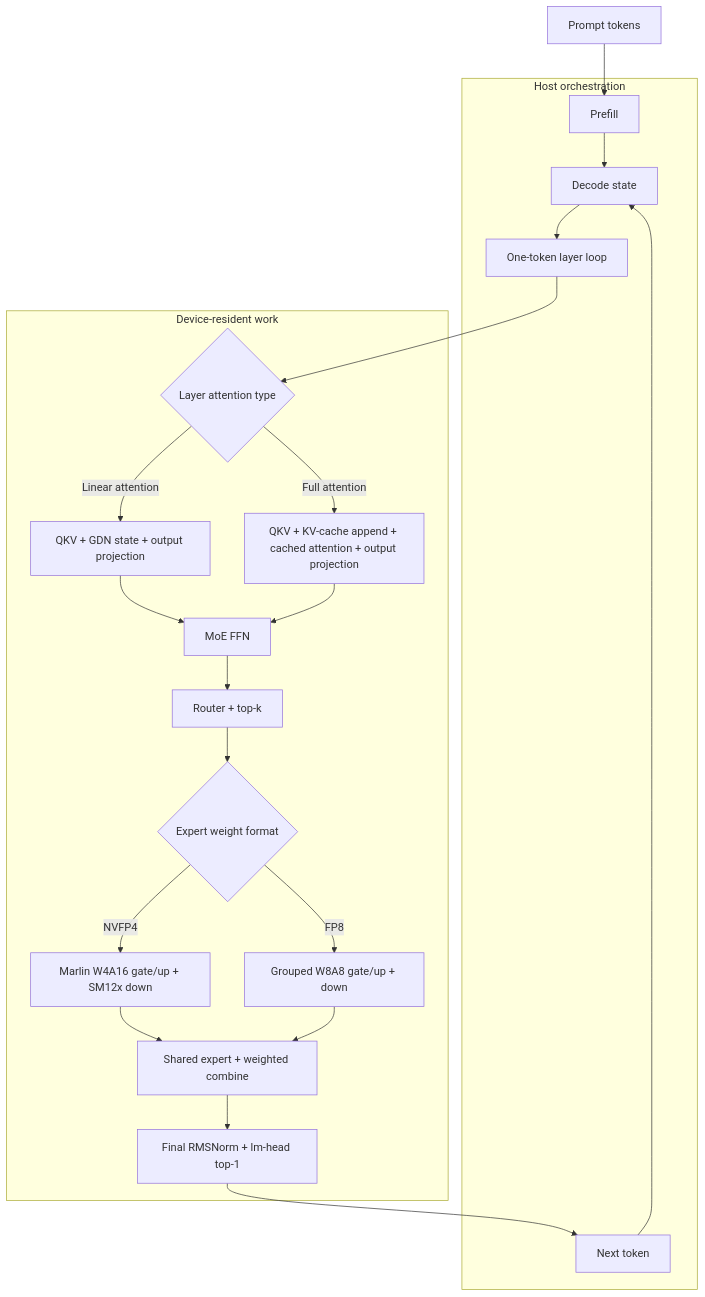
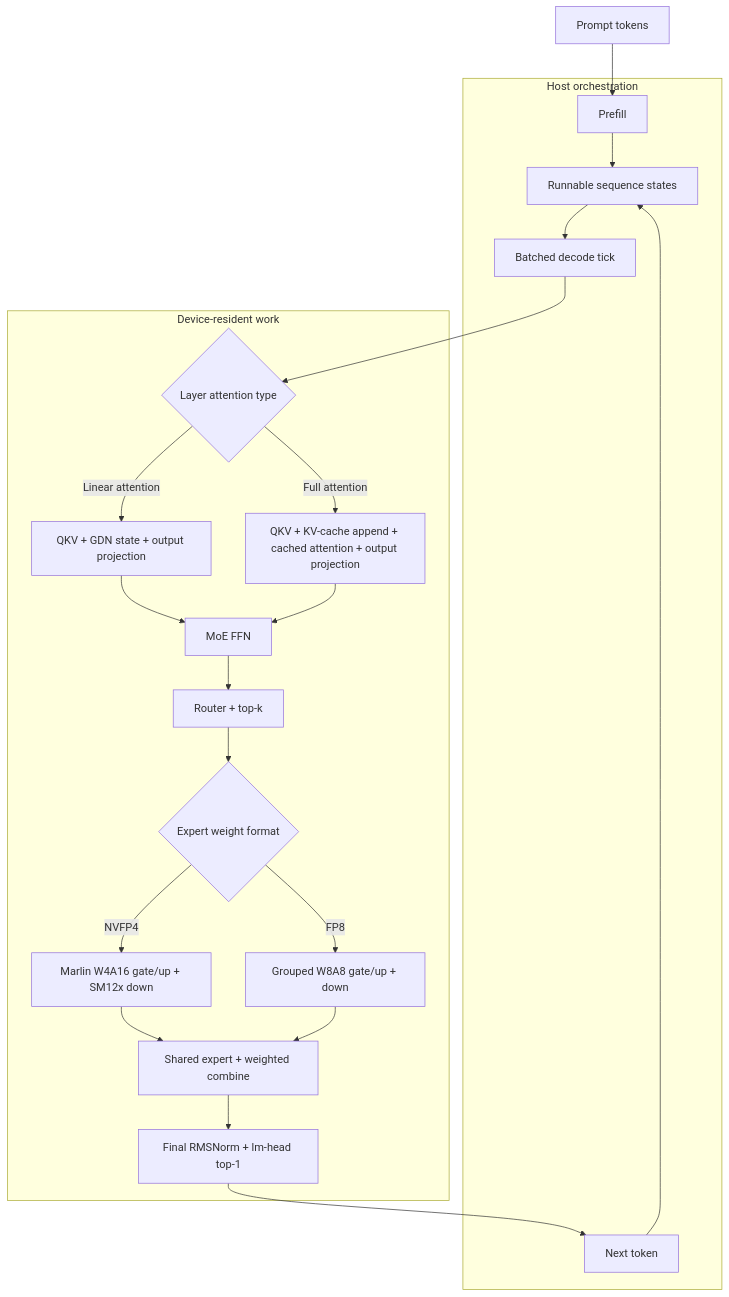
The diagram in README.md (rdaum/eider), drawn with Mermaid before and after one commit. The commit also changed other lines of this file and 16 other files, not shown here.

````diff
--- a/README.md
+++ b/README.md
@@ -102,39 +102,39 @@
 ```mermaid
 flowchart TD
     A[Prompt tokens] --> B[Prefill]
-    B --> C[Decode state]
-    C --> D[One-token layer loop]
+    B --> C[Runnable sequence states]
+    C --> D[Batched decode tick]
     D --> E{Layer attention type}
     E -->|Linear attention| F[QKV + GDN state + output projection]
     E -->|Full attention| G[QKV + KV-cache append + cached attention + output projection]
     F --> H[MoE FFN]
     G --> H
     H --> I[Router + top-k]
     I --> J{Expert weight format}
     J -->|NVFP4| K[Marlin W4A16 gate/up + SM12x down]
     J -->|FP8| L[Grouped W8A8 gate/up + down]
     K --> M[Shared expert + weighted combine]
     L --> M
     M --> N[Final RMSNorm + lm-head top-1]
     N --> O[Next token]
     O --> C
 
     subgraph Host[Host orchestration]
         B
         C
         D
         O
     end
     subgraph Device[Device-resident work]
         E
         F
         G
         H
         I
         J
         K
         L
         M
         N
     end
 ```
````
